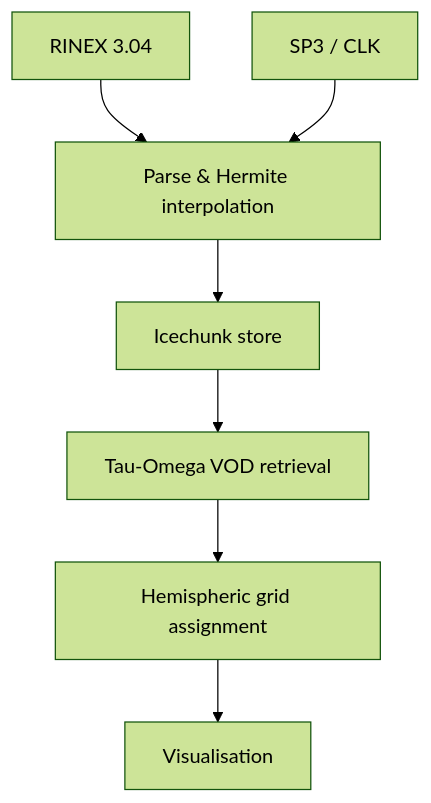
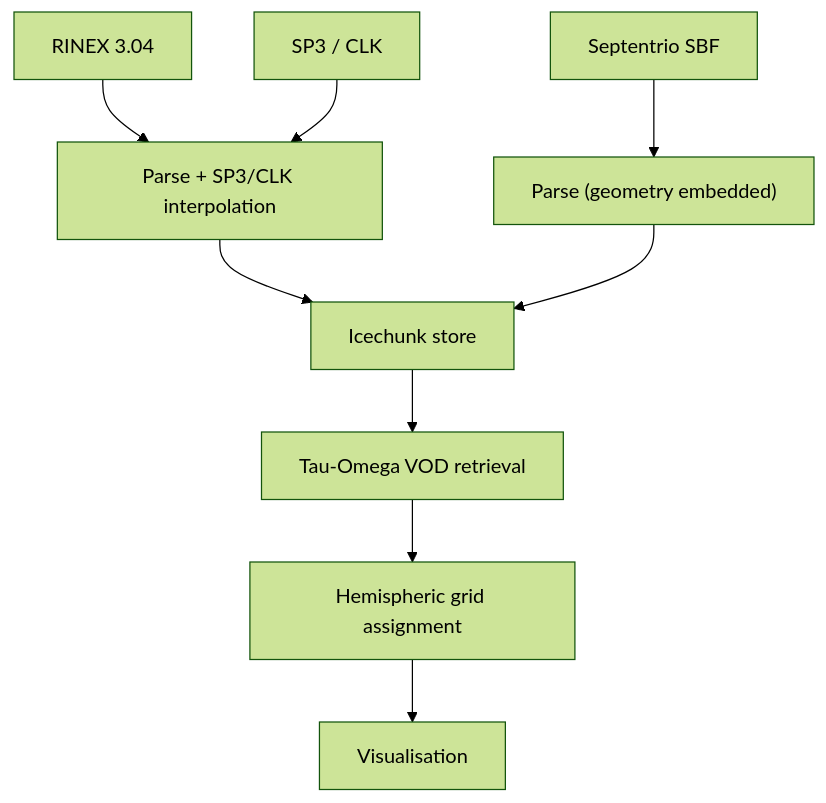
Before and after one commit to konstantinschellenberg/canvodpy: the diagram in docs/index.md, drawn with Mermaid (forest theme). The commit also changed other lines of this file and 23 other files, not shown here.

````diff
--- a/docs/index.md
+++ b/docs/index.md
@@ -151,9 +151,11 @@
 ```mermaid
 flowchart TD
-    RINEX["RINEX 3.04"] --> PARSE["Parse & Hermite interpolation"]
+    RINEX["RINEX 3.04"] --> PARSE["Parse + SP3/CLK interpolation"]
+    SBF["Septentrio SBF"] --> PARSE2["Parse (geometry embedded)"]
     SP3["SP3 / CLK"] --> PARSE
     PARSE --> STORE["Icechunk store"]
+    PARSE2 --> STORE
     STORE --> VOD["Tau-Omega VOD retrieval"]
     VOD --> GRID["Hemispheric grid assignment"]
     GRID --> VIZ["Visualisation"]
 ```
````
